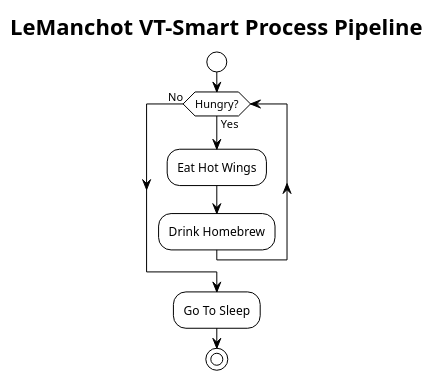
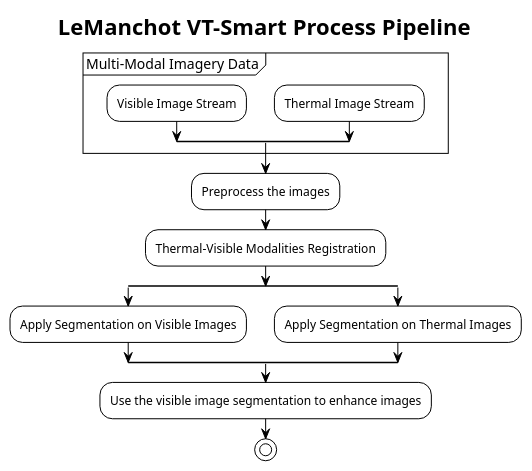
The diagram in design/method.puml (parham/lemanchot-analysis), drawn with PlantUML before and after one commit.

Commit message:
update design files

```diff
--- a/design/method.puml
+++ b/design/method.puml
@@ -2,18 +2,31 @@
 @startuml
 
 !theme plain
 
 title LeManchot VT-Smart Process Pipeline
 
-start
+group Multi-Modal Imagery Data
 
-while (Hungry?)  is (Yes)
-  :Eat Hot Wings;
-  :Drink Homebrew;
-endwhile (No)
+split
+   -[hidden]->
+   :Visible Image Stream;
+split again
+   -[hidden]->
+   :Thermal Image Stream;
+end split
 
-:Go To Sleep;
+end group
+
+:Preprocess the images;
+:Thermal-Visible Modalities Registration;
+split
+  :Apply Segmentation on Visible Images;
+split again
+  :Apply Segmentation on Thermal Images;
+end split
+
+:Use the visible image segmentation to enhance images;
 
 stop
 
 @enduml
```
